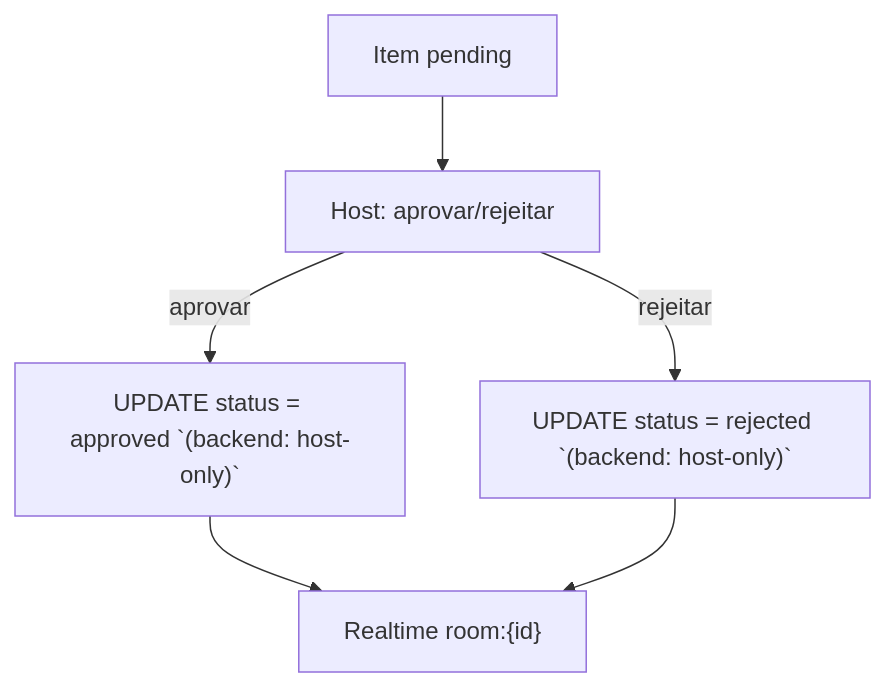
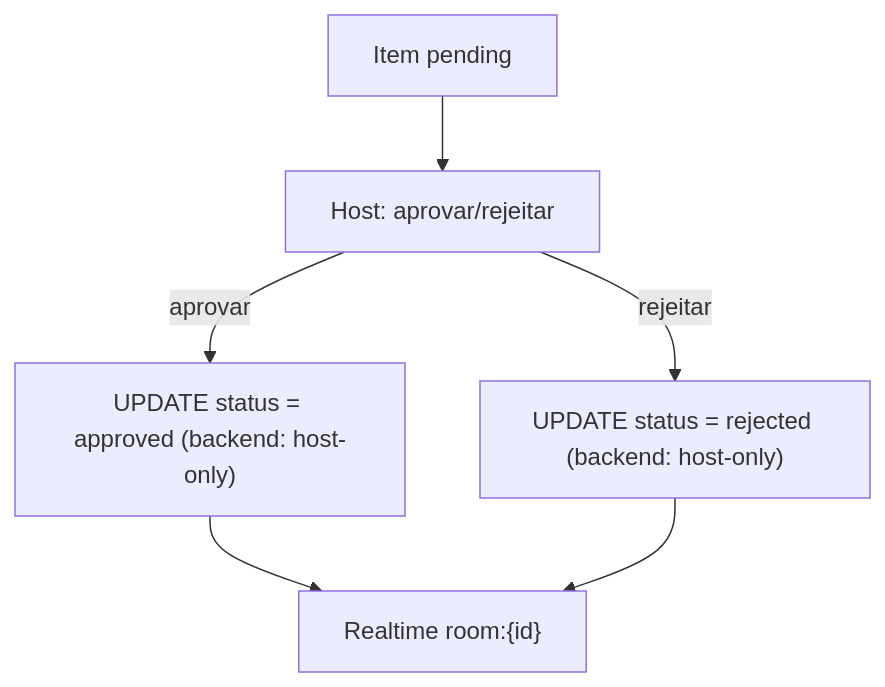
One commit to cavalcanteprofissional/karaoke-flow changed diagram 11 of 14 in docs/flows/fluxos-do-sistema.md. Above: the diagram before and after it, drawn with Mermaid. The commit also changed other lines of this file and 37 other files, not shown here.

````diff
--- a/docs/flows/fluxos-do-sistema.md
+++ b/docs/flows/fluxos-do-sistema.md
@@ -158,8 +180,8 @@
 ```mermaid
 flowchart TD
     A["Item pending"] --> B["Host: aprovar/rejeitar"]
-    B -- aprovar --> C["UPDATE status = approved `(backend: host-only)`"]
-    B -- rejeitar --> D["UPDATE status = rejected `(backend: host-only)`"]
+    B -->|aprovar| C["UPDATE status = approved (backend: host-only)"]
+    B -->|rejeitar| D["UPDATE status = rejected (backend: host-only)"]
     C --> E["Realtime room:{id}"]
     D --> E
 ```
````
